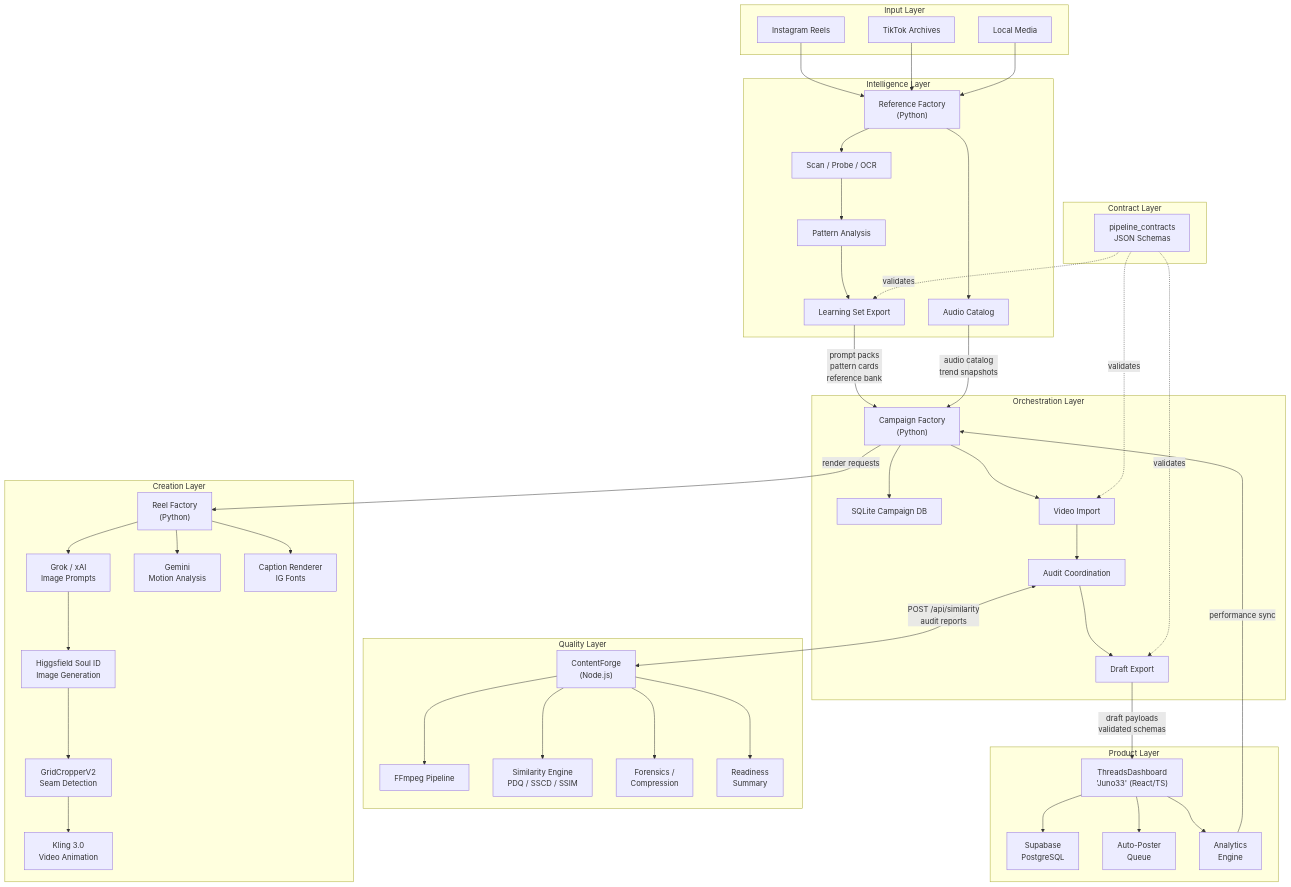
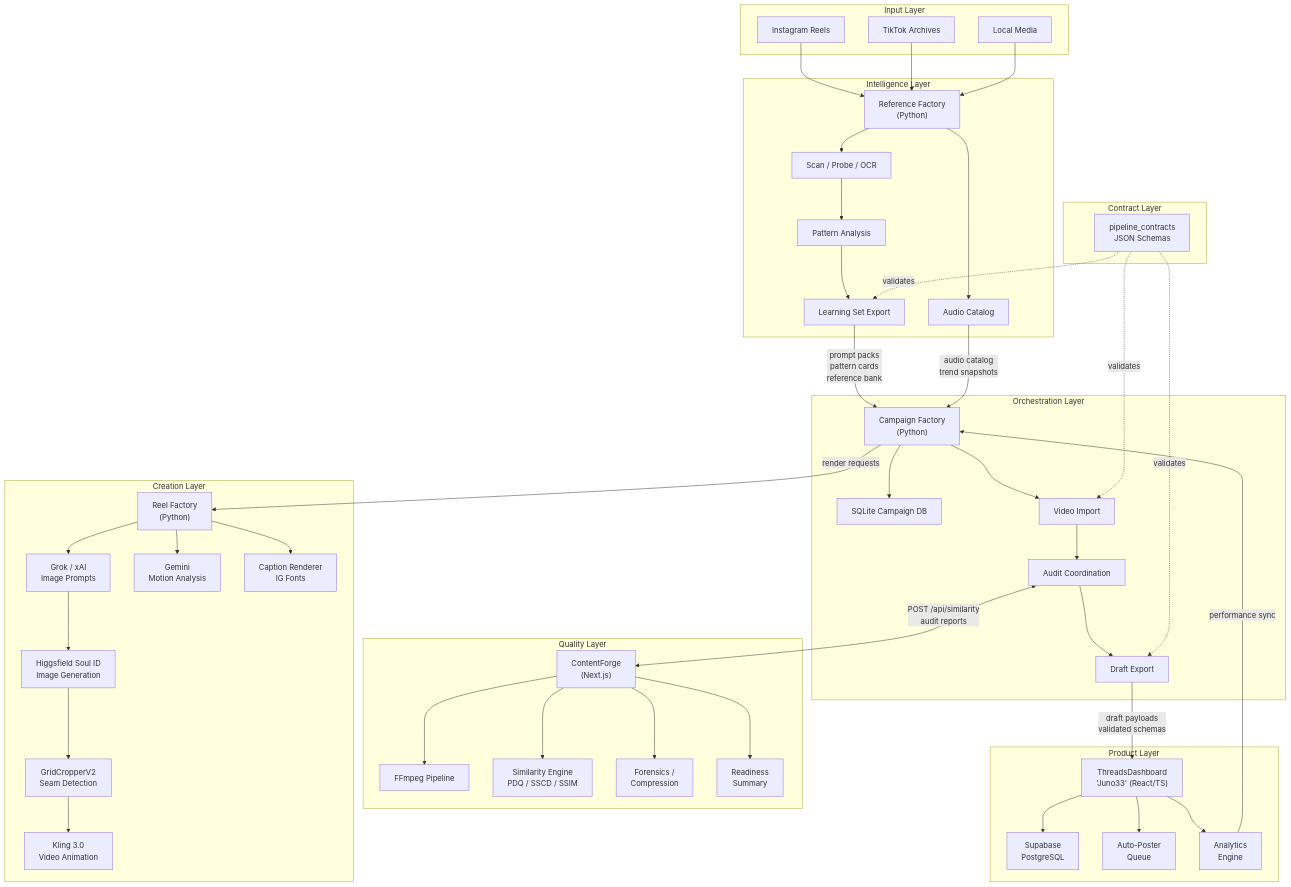
One commit to adersouza/creator-os changed the first of 5 diagrams in ARCHITECTURE.md. Above: the diagram before and after it, drawn with Mermaid. The commit also changed other lines of this file and 1 other file, not shown here.

```diff
--- a/ARCHITECTURE.md
+++ b/ARCHITECTURE.md
@@ -48,7 +48,7 @@
     end
 
     subgraph Quality["Quality Layer"]
-        CFG["ContentForge<br/>(Node.js)"]
+        CFG["ContentForge<br/>(Next.js)"]
         FFM["FFmpeg Pipeline"]
         SIM["Similarity Engine<br/>PDQ / SSCD / SSIM"]
         FORENSICS["Forensics /<br/>Compression"]
```
